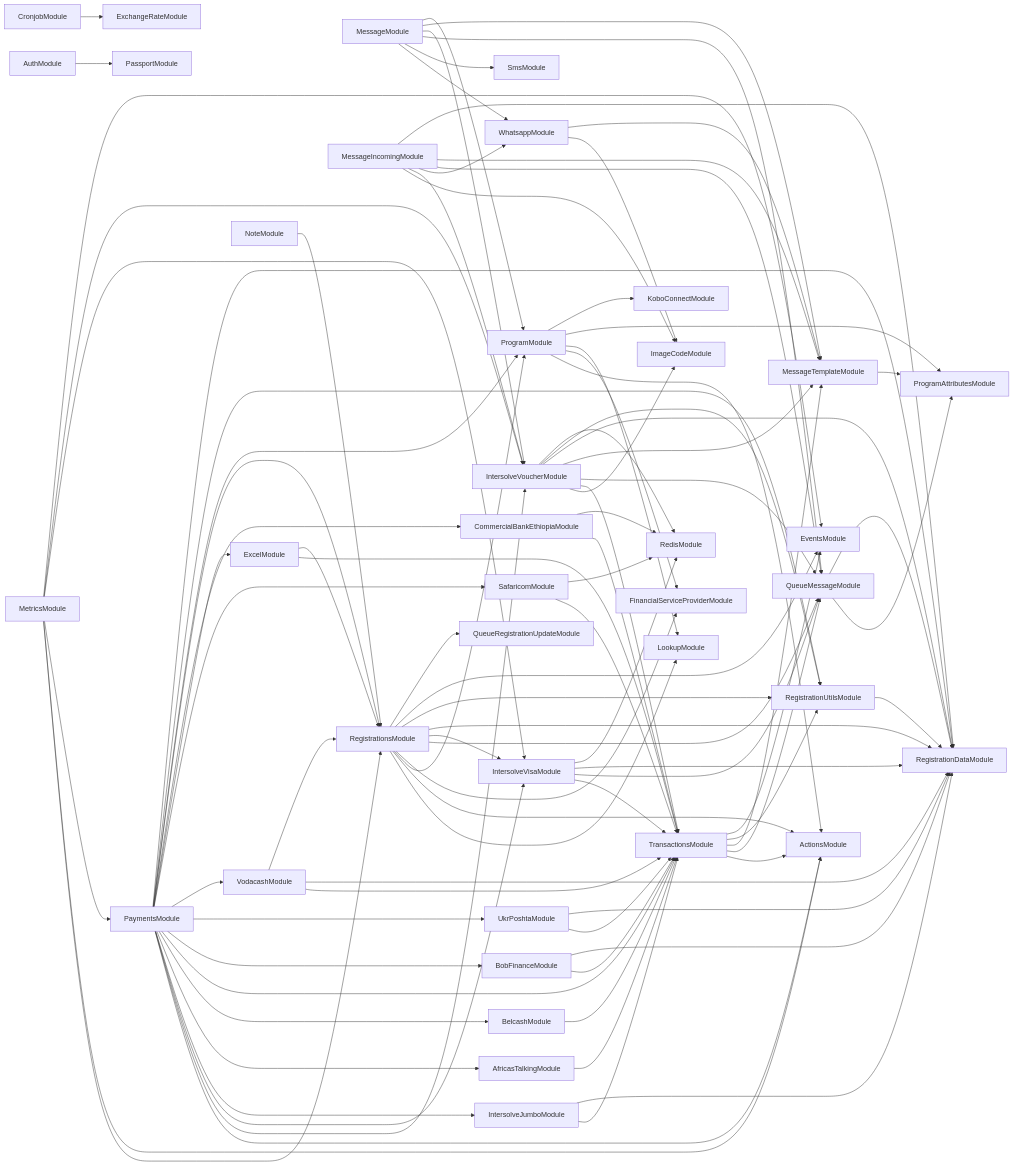
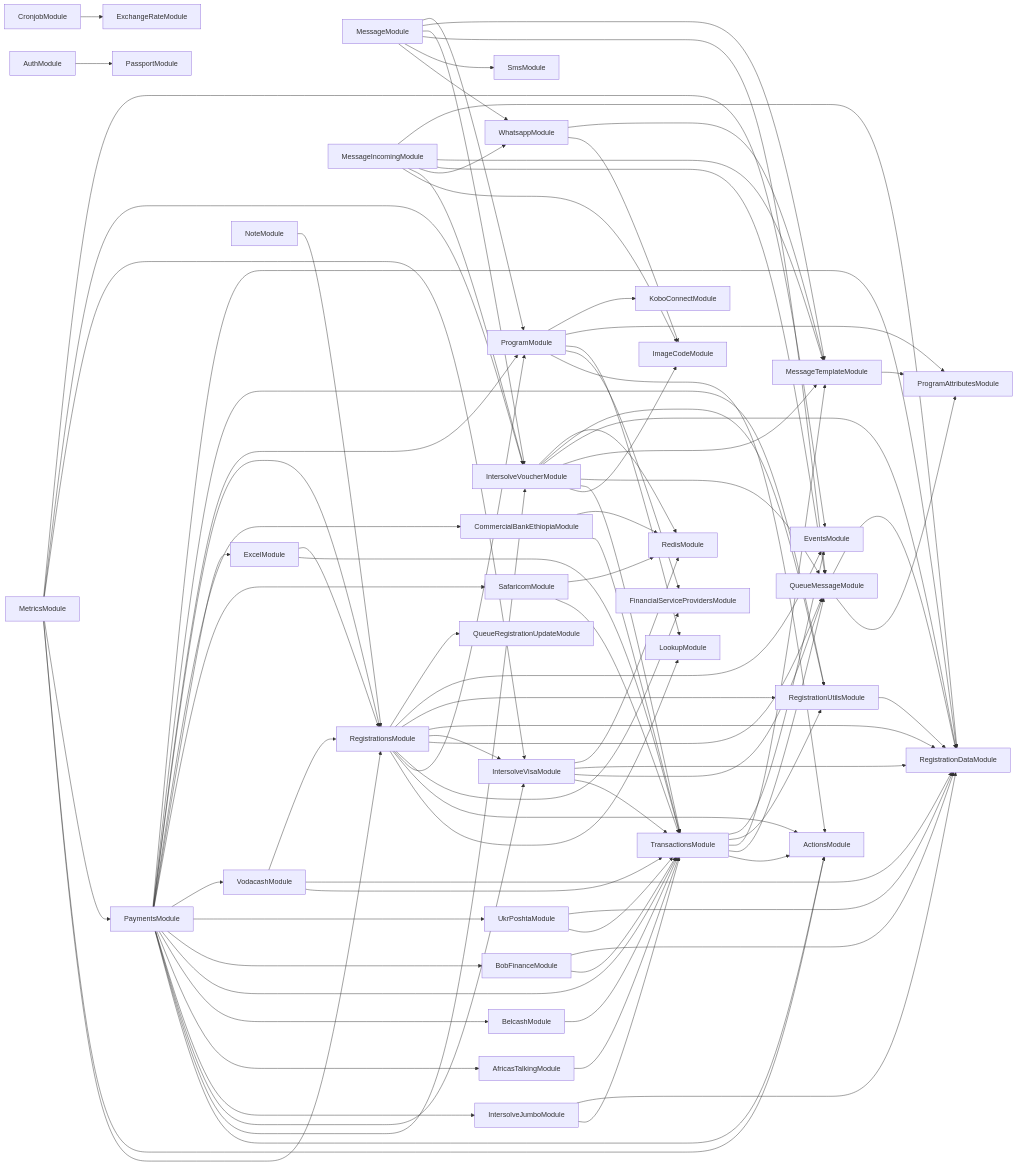
One commit to global-121/121-platform changed the diagram in services/121-service/module-dependencies.md. Above: the diagram before and after it, drawn with Mermaid. The commit also changed 89 other files, not shown here.

```diff
--- a/services/121-service/module-dependencies.md
+++ b/services/121-service/module-dependencies.md
@@ -5,7 +5,7 @@
   CronjobModule-->ExchangeRateModule
   MessageTemplateModule-->ProgramAttributesModule
   ProgramModule-->ActionsModule
-  ProgramModule-->FinancialServiceProviderModule
+  ProgramModule-->FinancialServiceProvidersModule
   ProgramModule-->LookupModule
   ProgramModule-->ProgramAttributesModule
   ProgramModule-->KoboConnectModule
@@ -36,7 +36,7 @@
   RegistrationsModule-->LookupModule
   RegistrationsModule-->ActionsModule
   RegistrationsModule-->ProgramModule
-  RegistrationsModule-->FinancialServiceProviderModule
+  RegistrationsModule-->FinancialServiceProvidersModule
   RegistrationsModule-->QueueMessageModule
   RegistrationsModule-->IntersolveVisaModule
   IntersolveVisaModule-->TransactionsModule
```
